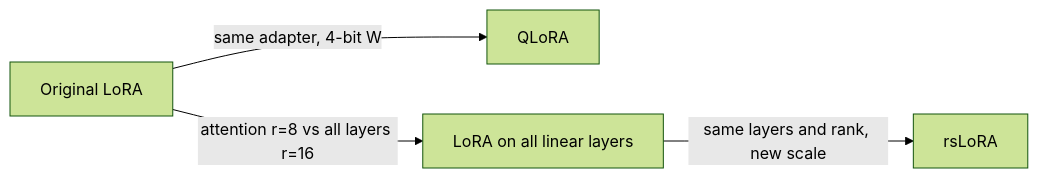
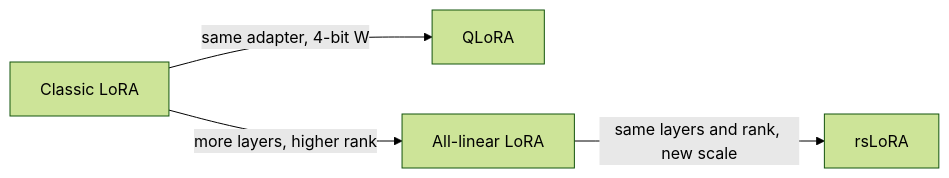
Before and after one commit to jerryyao-uofc/loratune: the diagram in README.md, drawn with Mermaid (forest theme). The commit also changed other lines of this file and 15 other files, not shown here.

````diff
--- a/README.md
+++ b/README.md
@@ -111,10 +58,10 @@
 ```mermaid
 flowchart LR
-  original[Original LoRA]
+  classic[Classic LoRA]
   qlora[QLoRA]
-  allLayers[LoRA on all linear layers]
+  allLinear[All-linear LoRA]
   rslora[rsLoRA]
-  original -->|"same adapter, 4-bit W"| qlora
-  original -->|"attention r=8 vs all layers r=16"| allLayers
-  allLayers -->|"same layers and rank, new scale"| rslora
+  classic -->|"same adapter, 4-bit W"| qlora
+  classic -->|"more layers, higher rank"| allLinear
+  allLinear -->|"same layers and rank, new scale"| rslora
 ```
````
